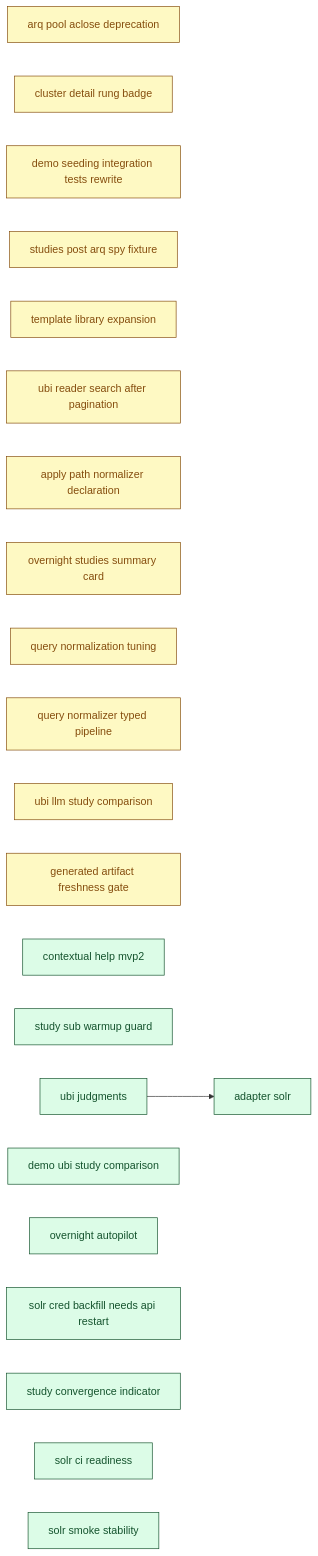
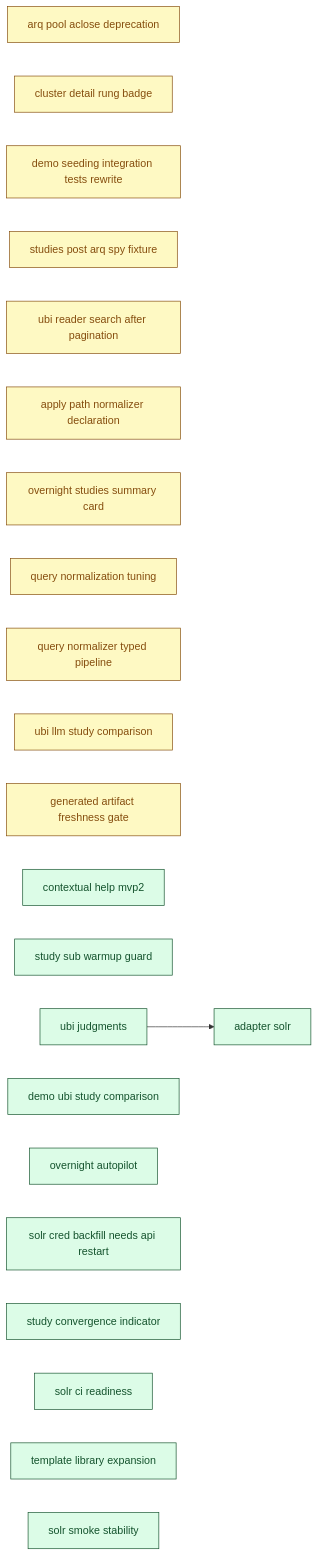
Before and after one commit to SoundMindsAI/relyloop: the diagram in docs/00_overview/MVP2_DASHBOARD.md, drawn with Mermaid. The commit also changed other lines of this file and 10 other files, not shown here.

First line of the commit message:
docs: finalize chore_template_library_expansion (PR #416 merged) (#417)

````diff
--- a/docs/00_overview/MVP2_DASHBOARD.md
+++ b/docs/00_overview/MVP2_DASHBOARD.md
@@ -106,53 +106,53 @@
 ```mermaid
 graph LR
   classDef done fill:#dcfce7,stroke:#14532d,color:#14532d;
   classDef implement fill:#ffedd5,stroke:#9a3412,color:#9a3412;
   classDef plan fill:#fef9c3,stroke:#854d0e,color:#854d0e;
   classDef spec fill:#dbeafe,stroke:#1e40af,color:#1e40af;
   classDef idea fill:#f1f5f9,stroke:#334155,color:#334155;
   chore_arq_pool_aclose_deprecation["arq pool aclose deprecation"]
   class chore_arq_pool_aclose_deprecation plan;
   chore_cluster_detail_rung_badge["cluster detail rung badge"]
   class chore_cluster_detail_rung_badge plan;
   chore_demo_seeding_integration_tests_rewrite["demo seeding integration tests rewrite"]
   class chore_demo_seeding_integration_tests_rewrite plan;
   chore_studies_post_arq_spy_fixture["studies post arq spy fixture"]
   class chore_studies_post_arq_spy_fixture plan;
-  chore_template_library_expansion["template library expansion"]
-  class chore_template_library_expansion plan;
   chore_ubi_reader_search_after_pagination["ubi reader search after pagination"]
   class chore_ubi_reader_search_after_pagination plan;
   feat_apply_path_normalizer_declaration["apply path normalizer declaration"]
   class feat_apply_path_normalizer_declaration plan;
   feat_overnight_studies_summary_card["overnight studies summary card"]
   class feat_overnight_studies_summary_card plan;
   feat_query_normalization_tuning["query normalization tuning"]
   class feat_query_normalization_tuning plan;
   feat_query_normalizer_typed_pipeline["query normalizer typed pipeline"]
   class feat_query_normalizer_typed_pipeline plan;
   feat_ubi_llm_study_comparison["ubi llm study comparison"]
   class feat_ubi_llm_study_comparison plan;
   infra_generated_artifact_freshness_gate["generated artifact freshness gate"]
   class infra_generated_artifact_freshness_gate plan;
   feat_contextual_help_mvp2["contextual help mvp2"]
   class feat_contextual_help_mvp2 done;
   feat_study_sub_warmup_guard["study sub warmup guard"]
   class feat_study_sub_warmup_guard done;
   feat_ubi_judgments["ubi judgments"]
   class feat_ubi_judgments done;
   feat_demo_ubi_study_comparison["demo ubi study comparison"]
   class feat_demo_ubi_study_comparison done;
   feat_overnight_autopilot["overnight autopilot"]
   class feat_overnight_autopilot done;
   infra_adapter_solr["adapter solr"]
   class infra_adapter_solr done;
   chore_solr_cred_backfill_needs_api_restart["solr cred backfill needs api restart"]
   class chore_solr_cred_backfill_needs_api_restart done;
   feat_study_convergence_indicator["study convergence indicator"]
   class feat_study_convergence_indicator done;
   infra_solr_ci_readiness["solr ci readiness"]
   class infra_solr_ci_readiness done;
+  chore_template_library_expansion["template library expansion"]
+  class chore_template_library_expansion done;
   infra_solr_smoke_stability["solr smoke stability"]
   class infra_solr_smoke_stability done;
   feat_ubi_judgments --> infra_adapter_solr
 ```
````
